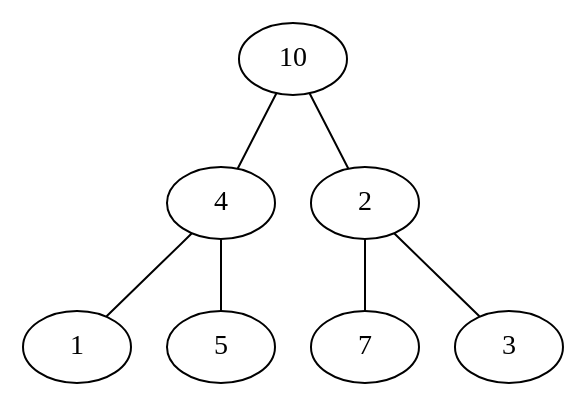
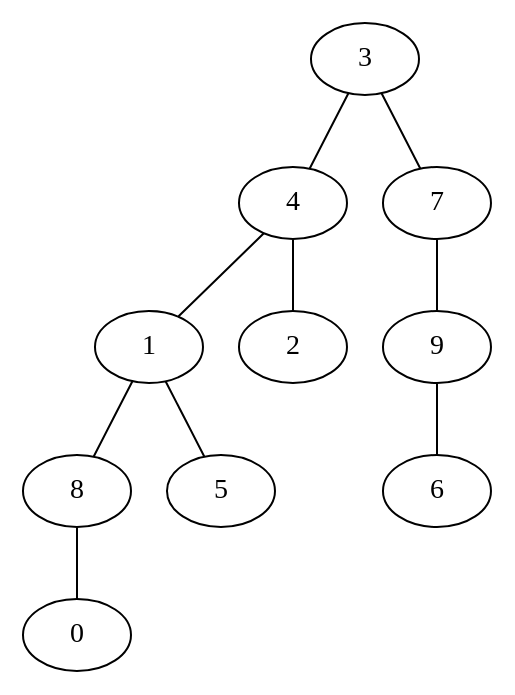
The diagram in lab5/binaryTree/binaryTree.gv (Kubson908/AiSD_JB), drawn with Graphviz before and after one commit. The commit also changed 12 other files, not shown here.

```diff
--- a/lab5/binaryTree/binaryTree.gv
+++ b/lab5/binaryTree/binaryTree.gv
@@ -1,8 +1,11 @@
 graph "Binary Tree" {
+	8 -- 0
+	1 -- 8
+	1 -- 5
 	4 -- 1
-	4 -- 5
-	2 -- 7
-	2 -- 3
-	10 -- 4
-	10 -- 2
+	4 -- 2
+	9 -- 6
+	7 -- 9
+	3 -- 4
+	3 -- 7
 }
```
